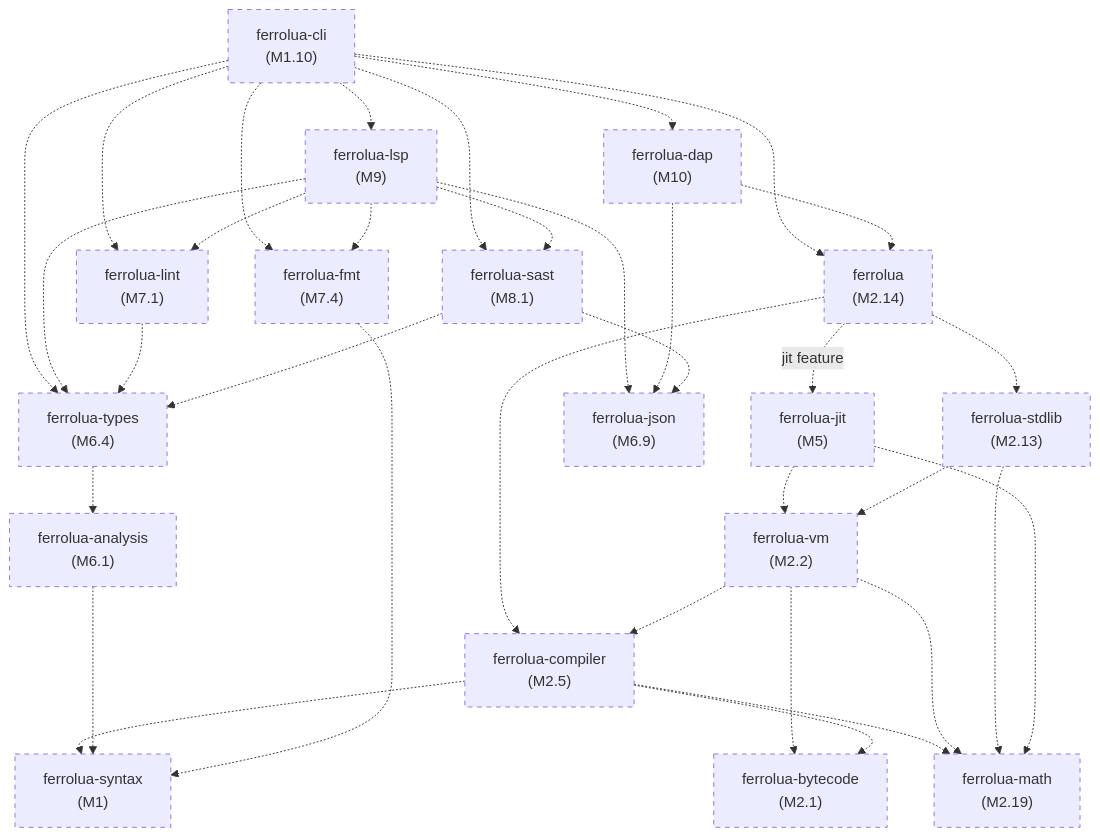
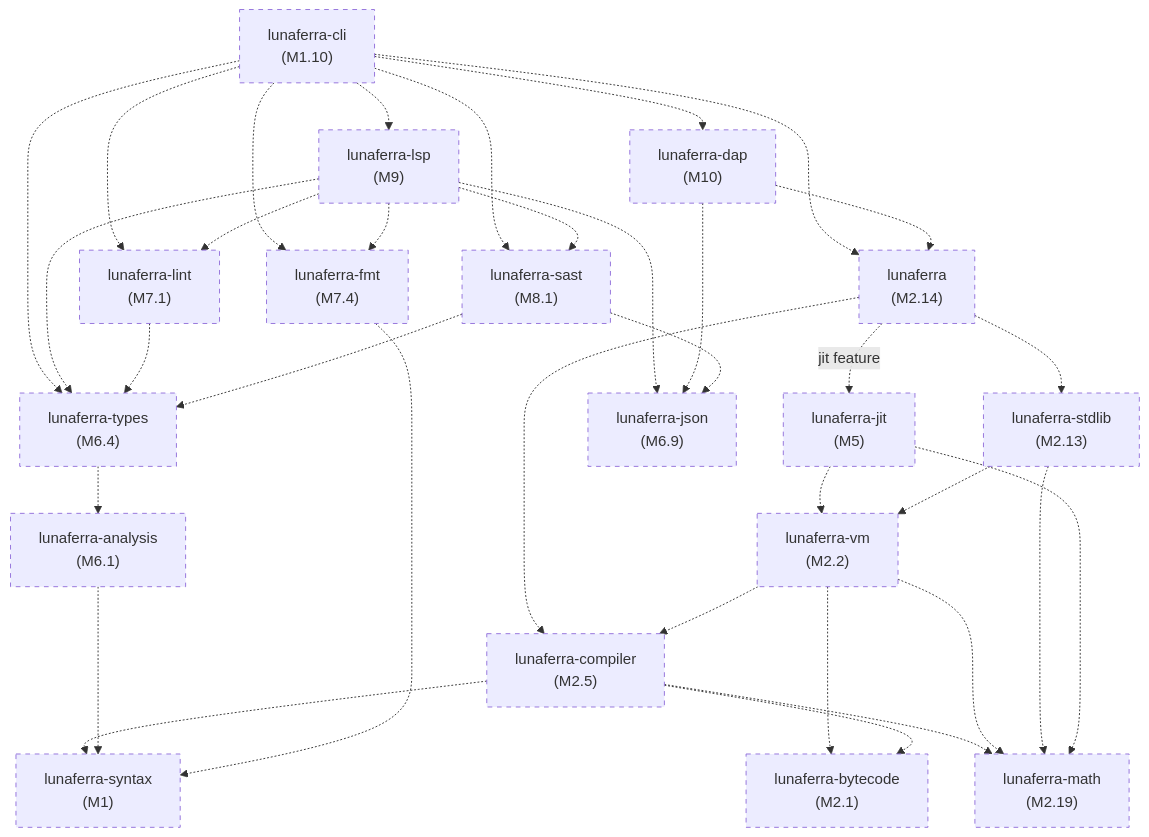
Before and after one commit to jabbott-iii/Ferrolua: the diagram in docs/01-architecture.md, drawn with Mermaid. The commit also changed other lines of this file and 110 other files, not shown here.

First line of the commit message:
refactor: rename the project from Ferrolua to Lunaferra

````diff
--- a/docs/01-architecture.md
+++ b/docs/01-architecture.md
@@ -85,56 +85,56 @@
 ```mermaid
 flowchart TB
   classDef planned stroke-dasharray: 5 5
 
-  cli["ferrolua-cli<br/>(M1.10)"]:::planned
-  lsp["ferrolua-lsp<br/>(M9)"]:::planned
-  dap["ferrolua-dap<br/>(M10)"]:::planned
-  api["ferrolua<br/>(M2.14)"]:::planned
-  lint["ferrolua-lint<br/>(M7.1)"]:::planned
-  sast["ferrolua-sast<br/>(M8.1)"]:::planned
-  fmt["ferrolua-fmt<br/>(M7.4)"]:::planned
-  types["ferrolua-types<br/>(M6.4)"]:::planned
-  analysis["ferrolua-analysis<br/>(M6.1)"]:::planned
-  jit["ferrolua-jit<br/>(M5)"]:::planned
-  stdlib["ferrolua-stdlib<br/>(M2.13)"]:::planned
-  vm["ferrolua-vm<br/>(M2.2)"]:::planned
-  compiler["ferrolua-compiler<br/>(M2.5)"]:::planned
-  bytecode["ferrolua-bytecode<br/>(M2.1)"]:::planned
-  syntax["ferrolua-syntax<br/>(M1)"]:::planned
-  json["ferrolua-json<br/>(M6.9)"]:::planned
-  math["ferrolua-math<br/>(M2.19)"]:::planned
+  cli["lunaferra-cli<br/>(M1.10)"]:::planned
+  lsp["lunaferra-lsp<br/>(M9)"]:::planned
+  dap["lunaferra-dap<br/>(M10)"]:::planned
+  api["lunaferra<br/>(M2.14)"]:::planned
+  lint["lunaferra-lint<br/>(M7.1)"]:::planned
+  sast["lunaferra-sast<br/>(M8.1)"]:::planned
+  fmt["lunaferra-fmt<br/>(M7.4)"]:::planned
+  types["lunaferra-types<br/>(M6.4)"]:::planned
+  analysis["lunaferra-analysis<br/>(M6.1)"]:::planned
+  jit["lunaferra-jit<br/>(M5)"]:::planned
+  stdlib["lunaferra-stdlib<br/>(M2.13)"]:::planned
+  vm["lunaferra-vm<br/>(M2.2)"]:::planned
+  compiler["lunaferra-compiler<br/>(M2.5)"]:::planned
+  bytecode["lunaferra-bytecode<br/>(M2.1)"]:::planned
+  syntax["lunaferra-syntax<br/>(M1)"]:::planned
+  json["lunaferra-json<br/>(M6.9)"]:::planned
+  math["lunaferra-math<br/>(M2.19)"]:::planned
 
   cli -.-> api
   cli -.-> lsp
   cli -.-> dap
   cli -.-> lint
   cli -.-> sast
   cli -.-> fmt
   cli -.-> types
   lsp -.-> types
   lsp -.-> lint
   lsp -.-> sast
   lsp -.-> fmt
   lsp -.-> json
   dap -.-> api
   dap -.-> json
   api -. jit feature .-> jit
   api -.-> stdlib
   api -.-> compiler
   jit -.-> vm
   stdlib -.-> vm
   vm -.-> compiler
   vm -.-> bytecode
   compiler -.-> syntax
   compiler -.-> bytecode
   compiler -.-> math
   vm -.-> math
   stdlib -.-> math
   jit -.-> math
   lint -.-> types
   sast -.-> types
   sast -.-> json
   types -.-> analysis
   analysis -.-> syntax
   fmt -.-> syntax
 ```
````
